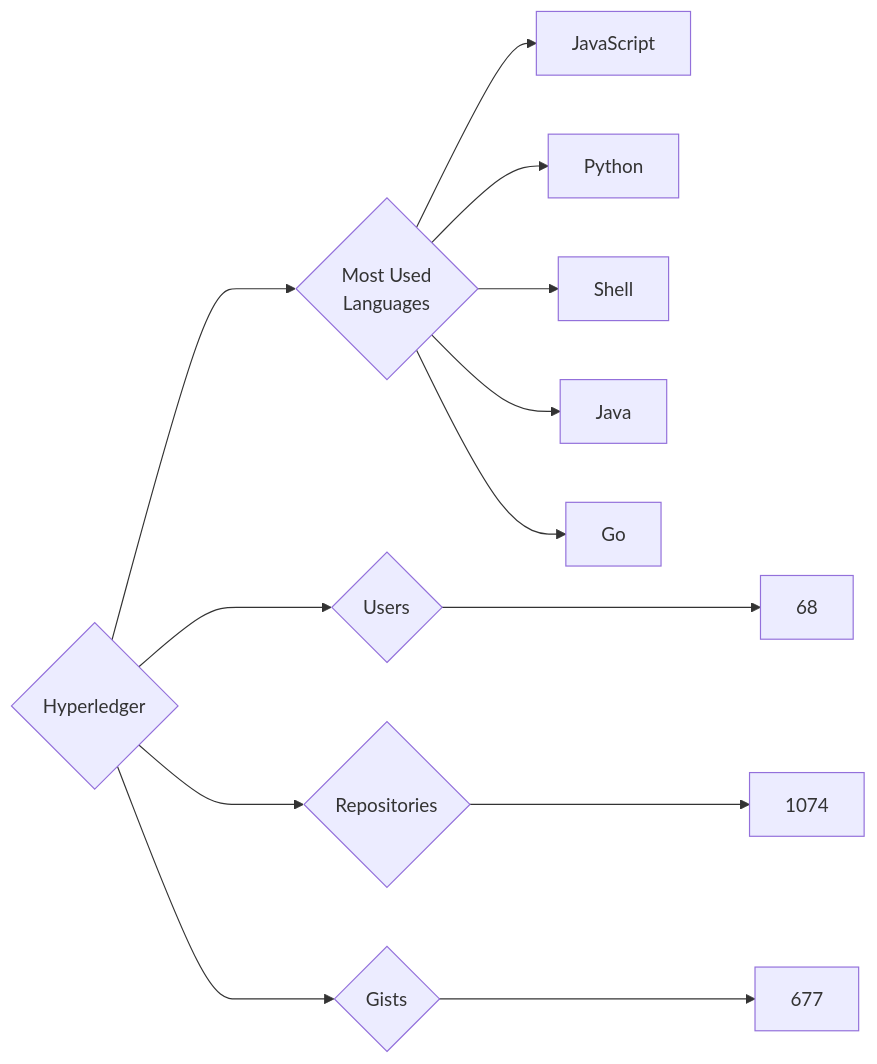
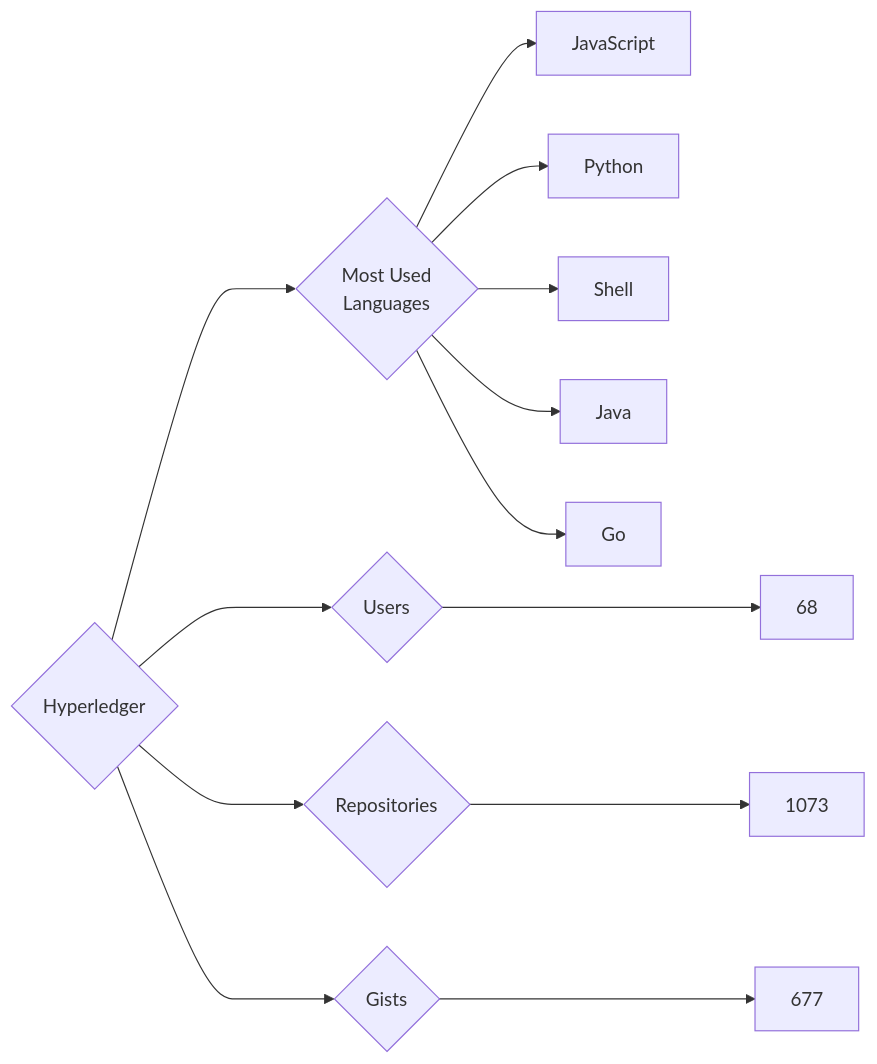
Before and after one commit to trickest/insiders: the diagram in targets/Hyperledger/README.md, drawn with Mermaid. The commit also changed 657 other files, not shown here.

````diff
--- a/targets/Hyperledger/README.md
+++ b/targets/Hyperledger/README.md
@@ -3,13 +3,13 @@
 ```mermaid
 graph LR
 COMPANY_NAME{Hyperledger}
 COMPANY_NAME ---> U{Users} ---> UN[68]
-COMPANY_NAME ---> R{Repositories} ---> RN[1074]
+COMPANY_NAME ---> R{Repositories} ---> RN[1073]
 COMPANY_NAME ---> G{Gists} ---> GN[677]
 COMPANY_NAME ---> ML{Most Used<br>Languages}
 ML --> JavaScript[JavaScript]
 ML --> Python[Python]
 ML --> Shell[Shell]
 ML --> Java[Java]
 ML --> Go[Go]
 ```
````
